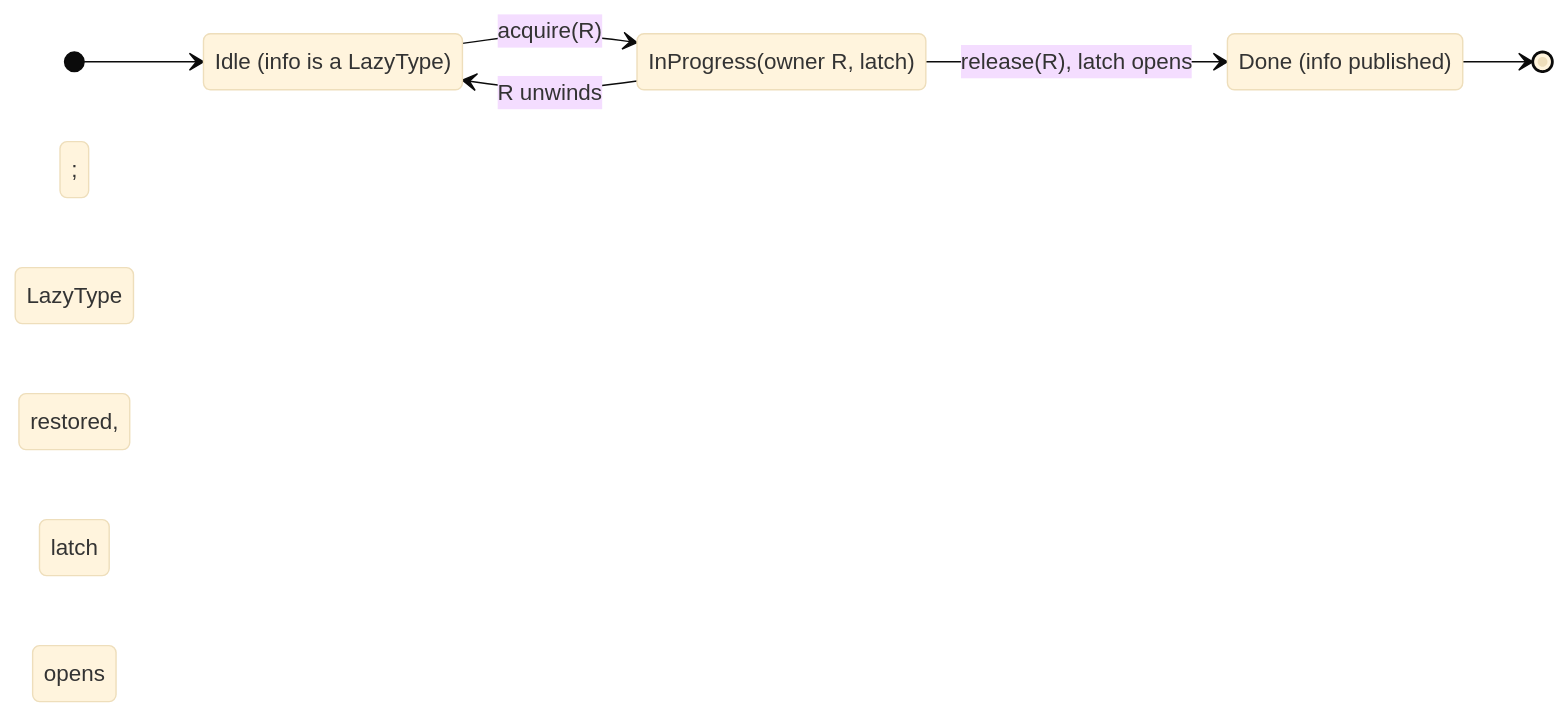
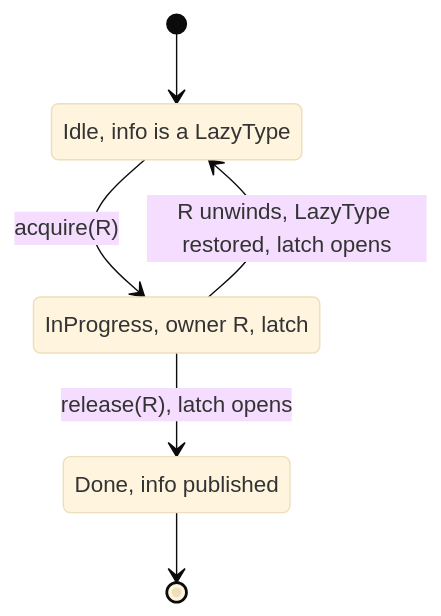
The eighth of 12 diagrams in dotc-interactive/talk.md (retronym/talks), drawn with Mermaid (base theme) before and after one commit. The commit also changed other lines of this file and 1 other file, not shown here.

First line of the commit message:
dotc-interactive: fix the lazy-resolve state diagram; make wide mermaid diagrams legible

````diff
--- a/dotc-interactive/talk.md
+++ b/dotc-interactive/talk.md
@@ -484,12 +479,12 @@
 ```mermaid
 stateDiagram-v2
-  direction LR
+  direction TB
   [*] --> Idle
-  Idle: Idle (info is a LazyType)
+  Idle: Idle, info is a LazyType
   Idle --> InProgress: acquire(R)
-  InProgress: InProgress(owner R, latch)
+  InProgress: InProgress, owner R, latch
   InProgress --> Done: release(R), latch opens
-  InProgress --> Idle: R unwinds; LazyType restored, latch opens
-  Done: Done (info published)
+  InProgress --> Idle: R unwinds, LazyType restored, latch opens
+  Done: Done, info published
   Done --> [*]
 ```
````
